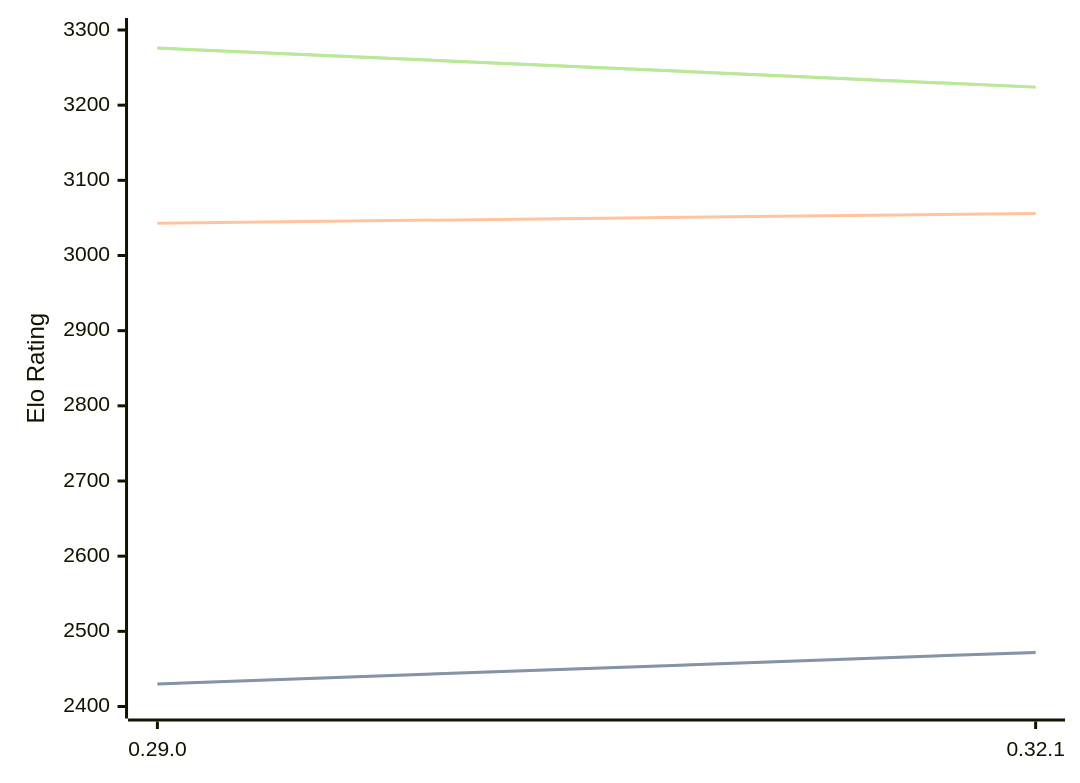
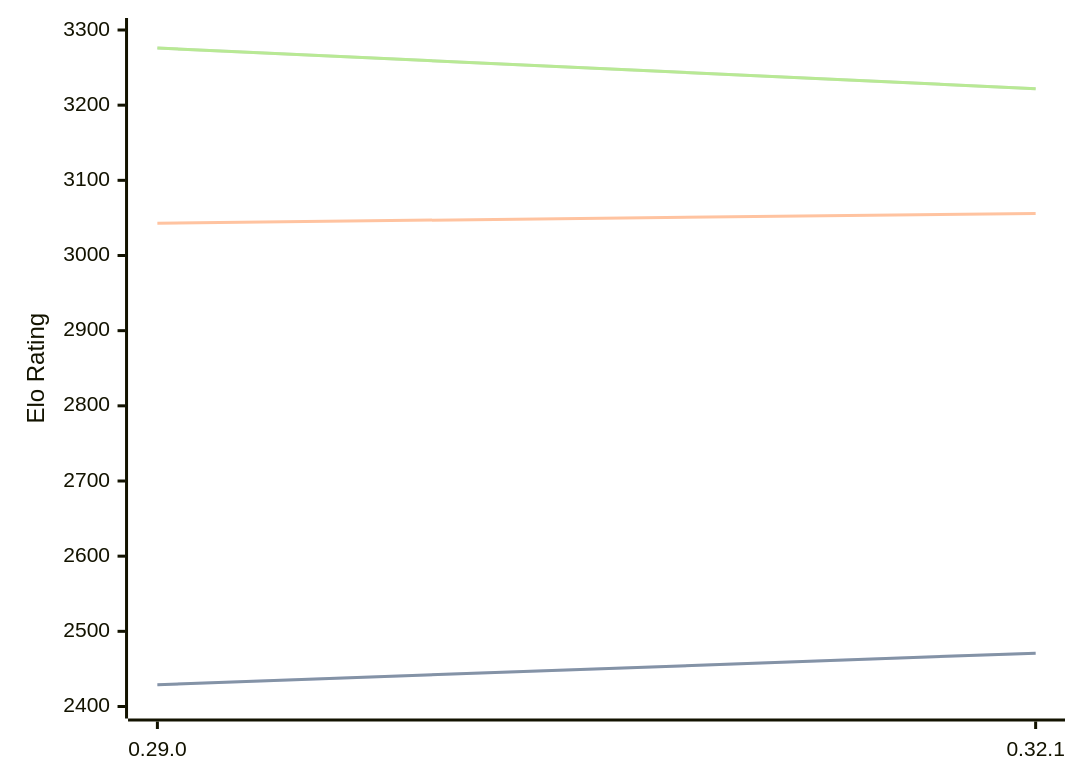
The diagram in engines/Lc0.md (computer-chess-index/cci), drawn with Mermaid before and after one commit. The commit also changed other lines of this file, not shown here.

Commit message:
Update CCI Ratings (ELO VLTC) - 2026-05-07

````diff
--- a/engines/Lc0.md
+++ b/engines/Lc0.md
@@ -68,11 +68,11 @@
 ```mermaid
 %%{init: {"theme":"base","themeVariables":{"seriesColors:['#a3a3a3','#222221','#faa371']}}}%%
 xychart-beta
   x-axis ["0.29.0", "0.32.1"]
   y-axis "Elo Rating" 2400 --> 3300
-  line "STC (8.0+0.08s)" [2430, 2472]
-  line "STC (8.0+0.08s)" [2430, 2472]
+  line "STC (8.0+0.08s)" [2429, 2471]
+  line "STC (8.0+0.08s)" [2429, 2471]
   line "LTC (60.0+0.60s)" [3043, 3056]
-  line "VLTC (2m24s+1.12s)" [3276, 3224]
-  line "VLTC (2m24s+1.12s)" [3276, 3224]
+  line "VLTC (2m24s+1.12s)" [3276, 3222]
+  line "VLTC (2m24s+1.12s)" [3276, 3222]
 ```
````
